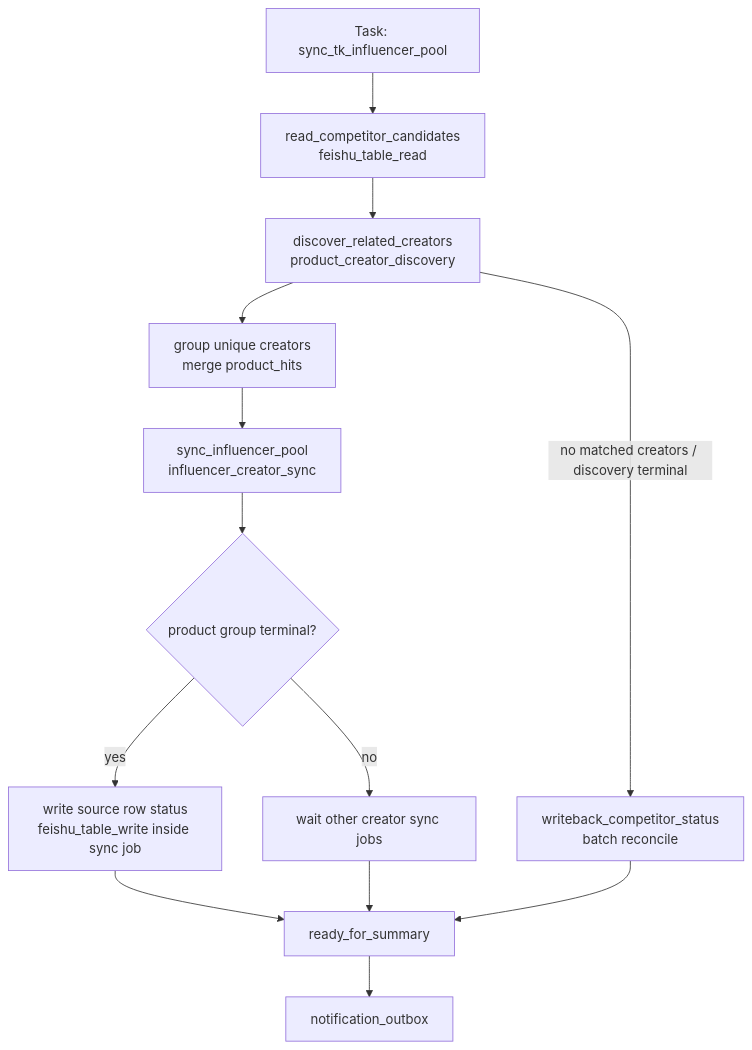
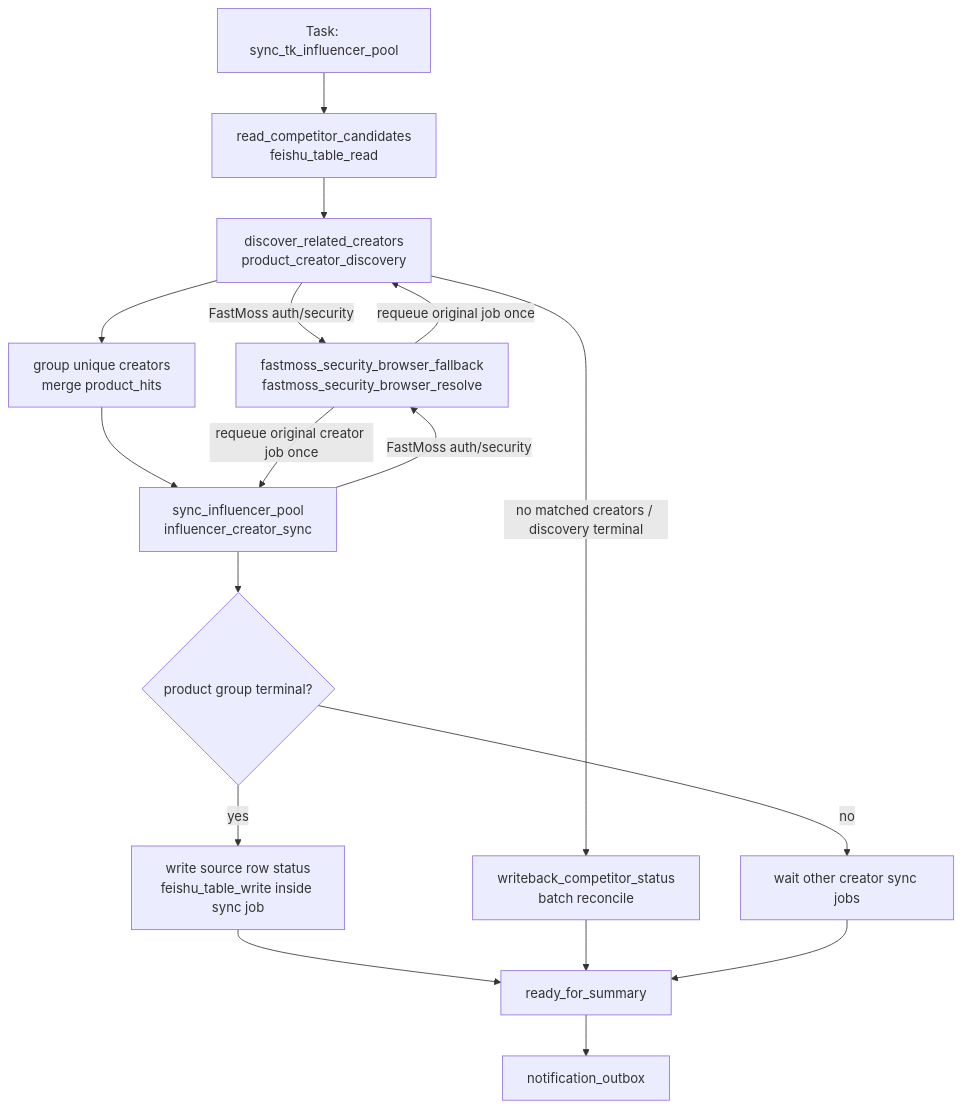
One commit to knighterrantsky/mujitask changed the first of 5 diagrams in docs/arch/workflow-influencer-pool-sync-design.md. Above: the diagram before and after it, drawn with Mermaid. The commit also changed other lines of this file and 29 other files, not shown here.

Commit message:
fix: add FastMoss auth fallback handling

````diff
--- a/docs/arch/workflow-influencer-pool-sync-design.md
+++ b/docs/arch/workflow-influencer-pool-sync-design.md
@@ -32,15 +32,19 @@
 ```mermaid
 flowchart TD
     A["Task: sync_tk_influencer_pool"] --> B["read_competitor_candidates<br/>feishu_table_read"]
     B --> C["discover_related_creators<br/>product_creator_discovery"]
+    C -->|FastMoss auth/security| R["fastmoss_security_browser_fallback<br/>fastmoss_security_browser_resolve"]
+    R -->|requeue original job once| C
     C --> D["group unique creators<br/>merge product_hits"]
     D --> E["sync_influencer_pool<br/>influencer_creator_sync"]
+    E -->|FastMoss auth/security| R
+    R -->|requeue original creator job once| E
     E --> F{"product group terminal?"}
     F -->|yes| G["write source row status<br/>feishu_table_write inside sync job"]
     F -->|no| H["wait other creator sync jobs"]
     C -->|no matched creators / discovery terminal| I["writeback_competitor_status<br/>batch reconcile"]
     G --> J["ready_for_summary"]
     I --> J
     H --> J
     J --> K["notification_outbox"]
 ```
````
